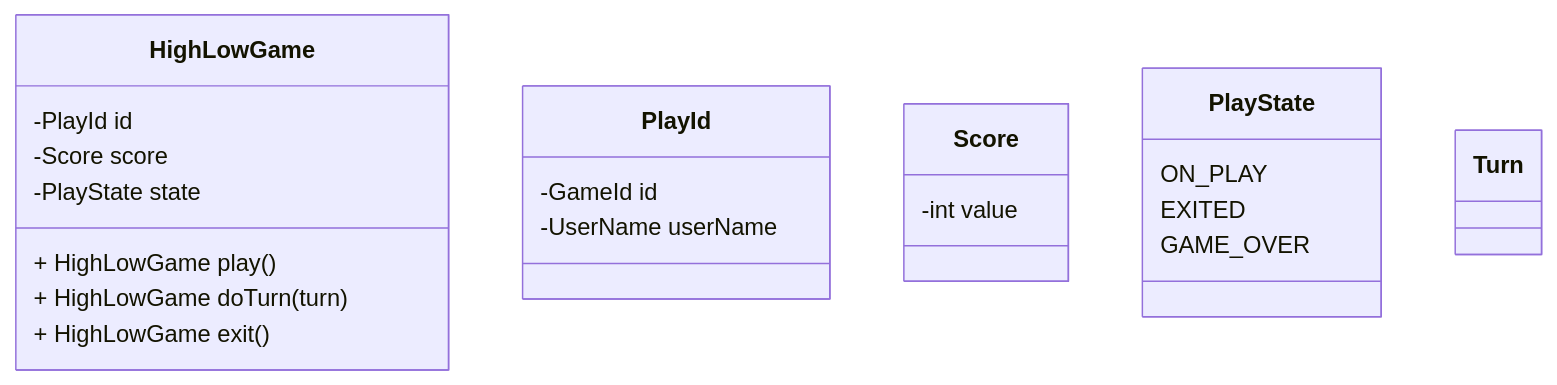
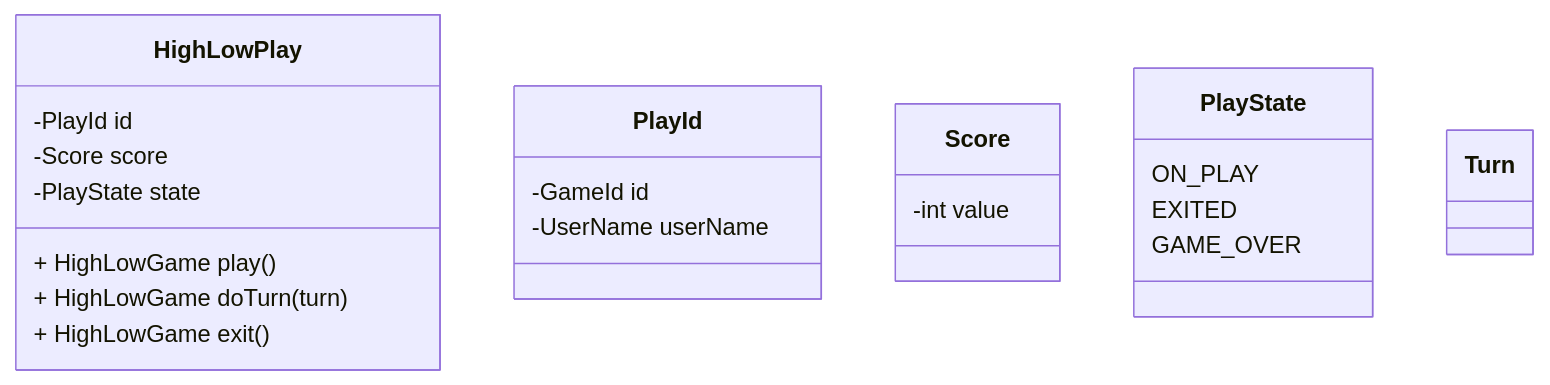
The diagram in README.md (yangwansu/play-the-games), drawn with Mermaid before and after one commit. The commit also changed other lines of this file and 6 other files, not shown here.

````diff
--- a/README.md
+++ b/README.md
@@ -56,36 +56,36 @@
 ```mermaid
 classDiagram
 
-class HighLowGame {
+class HighLowPlay {
  -PlayId id
  -Score score
  -PlayState state
  + HighLowGame play()
  + HighLowGame doTurn(turn)
  + HighLowGame exit()
 }
 
 class PlayId {
  -GameId id
  -UserName userName
 }
 
 class Score {
  -int value
 }
 
 class PlayState {
  ON_PLAY
  EXITED
  GAME_OVER
 }
 
 class Turn {
   
 }
 
 
 
 
   
 ```
````
